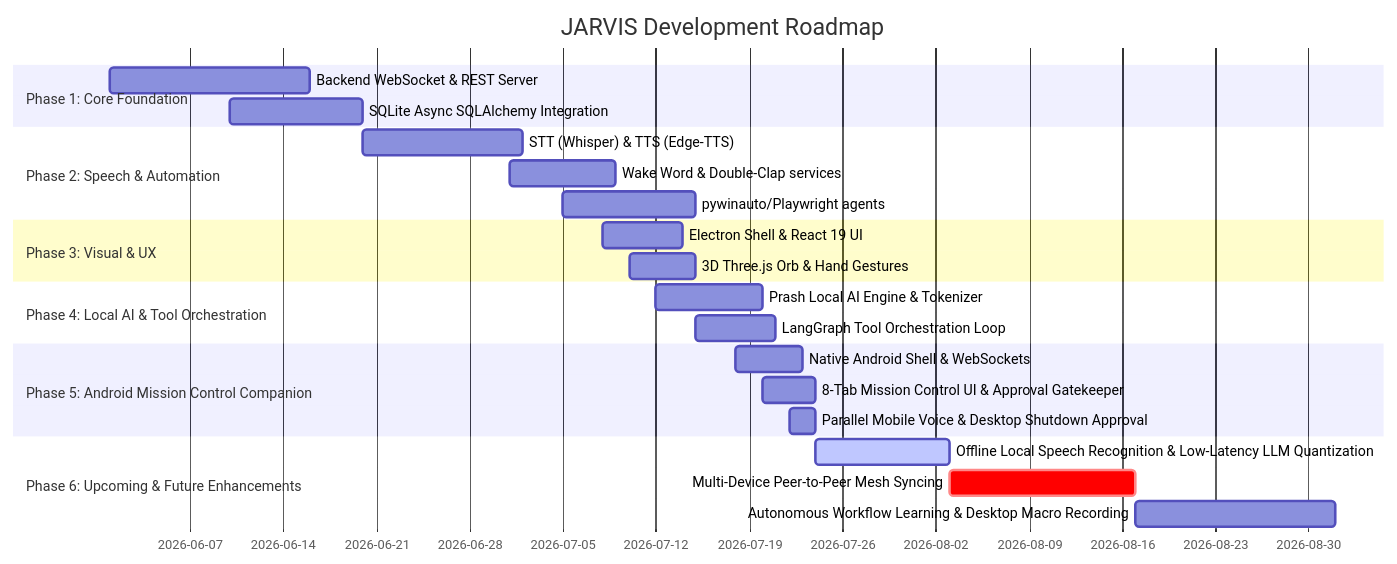
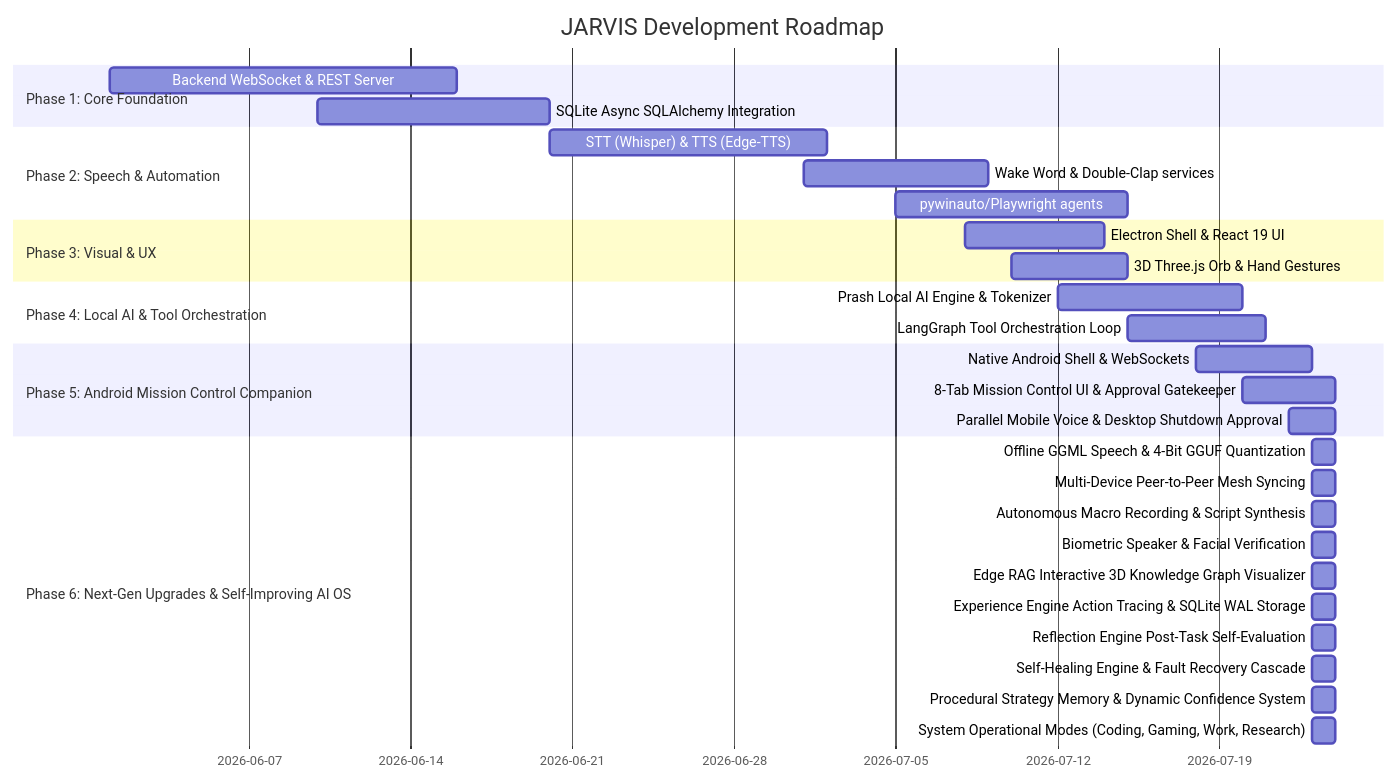
The diagram in documentations/Tracker.md (Ashrit-Raghupatruni/JARVIS), drawn with Mermaid before and after one commit. The commit also changed other lines of this file and 49 other files, not shown here.

````diff
--- a/documentations/Tracker.md
+++ b/documentations/Tracker.md
@@ -9,26 +9,33 @@
 ```mermaid
 gantt
     title JARVIS Development Roadmap
     dateFormat  YYYY-MM-DD
     section Phase 1: Core Foundation
     Backend WebSocket & REST Server :completed, 2026-06-01, 15d
     SQLite Async SQLAlchemy Integration :completed, 2026-06-10, 10d
     section Phase 2: Speech & Automation
     STT (Whisper) & TTS (Edge-TTS) :completed, 2026-06-20, 12d
     Wake Word & Double-Clap services :completed, 2026-07-01, 8d
     pywinauto/Playwright agents :completed, 2026-07-05, 10d
     section Phase 3: Visual & UX
     Electron Shell & React 19 UI :completed, 2026-07-08, 6d
     3D Three.js Orb & Hand Gestures :completed, 2026-07-10, 5d
     section Phase 4: Local AI & Tool Orchestration
     Prash Local AI Engine & Tokenizer :completed, 2026-07-12, 8d
     LangGraph Tool Orchestration Loop :completed, 2026-07-15, 6d
     section Phase 5: Android Mission Control Companion
     Native Android Shell & WebSockets :completed, 2026-07-18, 5d
     8-Tab Mission Control UI & Approval Gatekeeper :completed, 2026-07-20, 4d
     Parallel Mobile Voice & Desktop Shutdown Approval :completed, 2026-07-22, 2d
-    section Phase 6: Upcoming & Future Enhancements
-    Offline Local Speech Recognition & Low-Latency LLM Quantization :active, 2026-07-24, 10d
-    Multi-Device Peer-to-Peer Mesh Syncing :crit, 2026-08-03, 14d
-    Autonomous Workflow Learning & Desktop Macro Recording :2026-08-17, 15d
+    section Phase 6: Next-Gen Upgrades & Self-Improving AI OS
+    Offline GGML Speech & 4-Bit GGUF Quantization :completed, 2026-07-23, 1d
+    Multi-Device Peer-to-Peer Mesh Syncing :completed, 2026-07-23, 1d
+    Autonomous Macro Recording & Script Synthesis :completed, 2026-07-23, 1d
+    Biometric Speaker & Facial Verification :completed, 2026-07-23, 1d
+    Edge RAG Interactive 3D Knowledge Graph Visualizer :completed, 2026-07-23, 1d
+    Experience Engine Action Tracing & SQLite WAL Storage :completed, 2026-07-23, 1d
+    Reflection Engine Post-Task Self-Evaluation :completed, 2026-07-23, 1d
+    Self-Healing Engine & Fault Recovery Cascade :completed, 2026-07-23, 1d
+    Procedural Strategy Memory & Dynamic Confidence System :completed, 2026-07-23, 1d
+    System Operational Modes (Coding, Gaming, Work, Research) :completed, 2026-07-23, 1d
 ```
````
